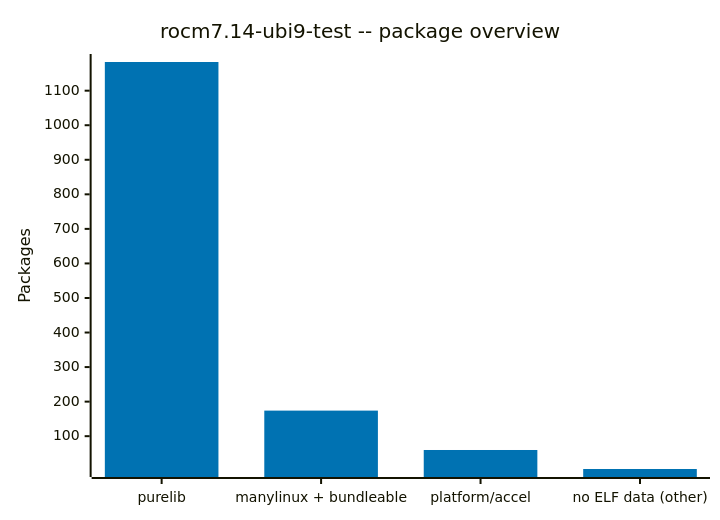
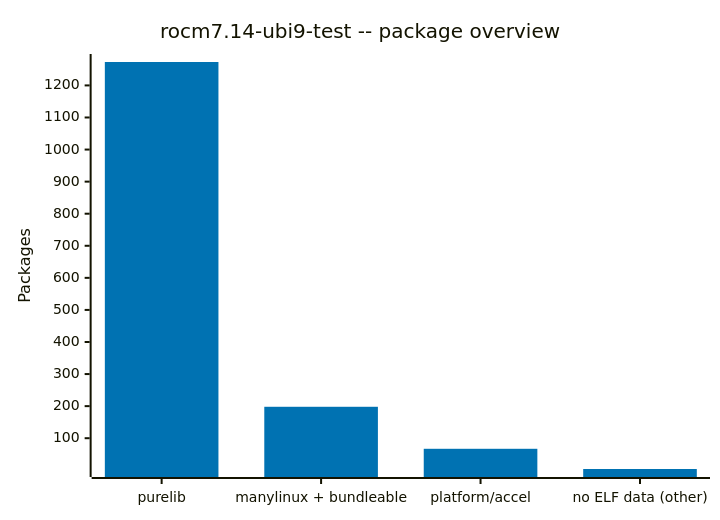
The diagram in data/rhoai-3.6/rocm7.14-ubi9-test/elf-analysis.md (tiran/sdist-analyzer-results), drawn with Mermaid before and after one commit. The commit also changed other lines of this file and 27529 other files, not shown here.

````diff
--- a/data/rhoai-3.6/rocm7.14-ubi9-test/elf-analysis.md
+++ b/data/rhoai-3.6/rocm7.14-ubi9-test/elf-analysis.md
@@ -25,8 +25,8 @@
 ```mermaid
 %%{init: {"theme": "base", "themeVariables": {"xyChart": {"plotColorPalette": "#0072B2, #009E73, #D55E00, #999999"}}}}%%
 xychart-beta
     title "rocm7.14-ubi9-test -- package overview"
     x-axis ["purelib", "manylinux + bundleable", "platform/accel", "no ELF data (other)"]
     y-axis "Packages"
-    bar [1183, 174, 60, 5]
+    bar [1273, 198, 67, 4]
 ```
````
